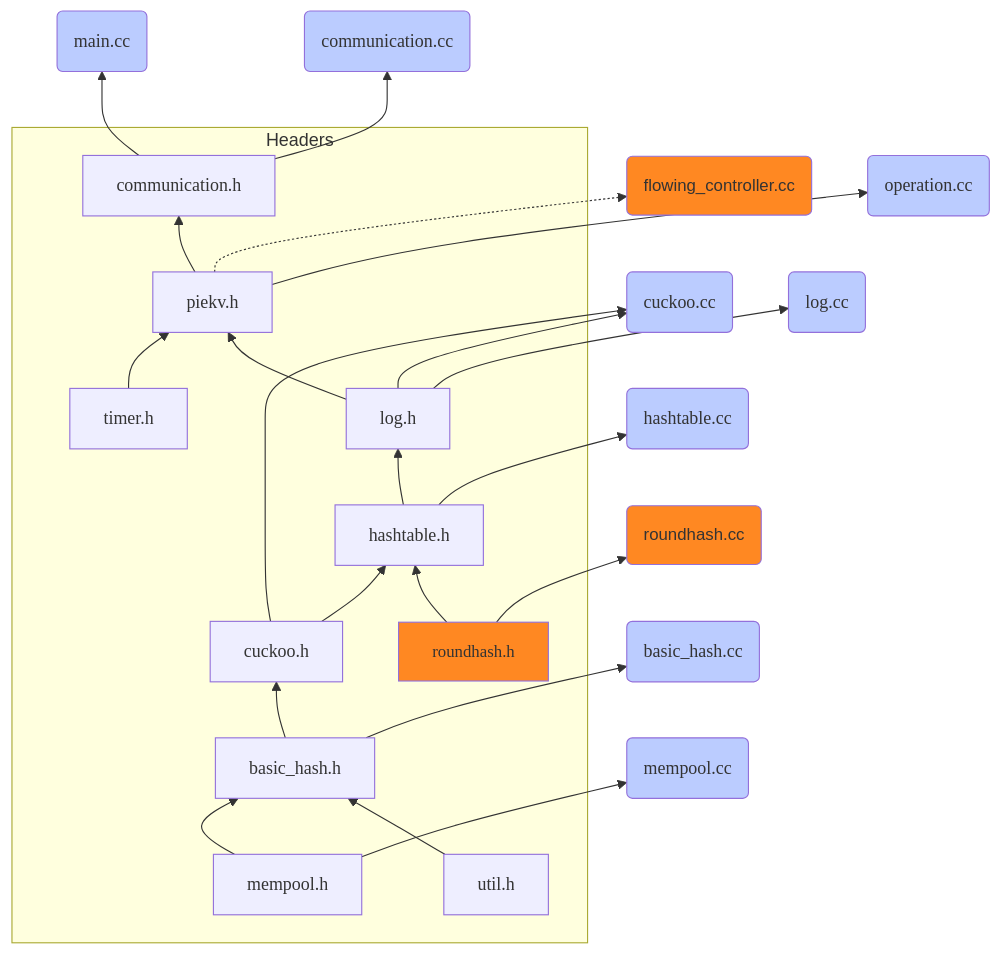
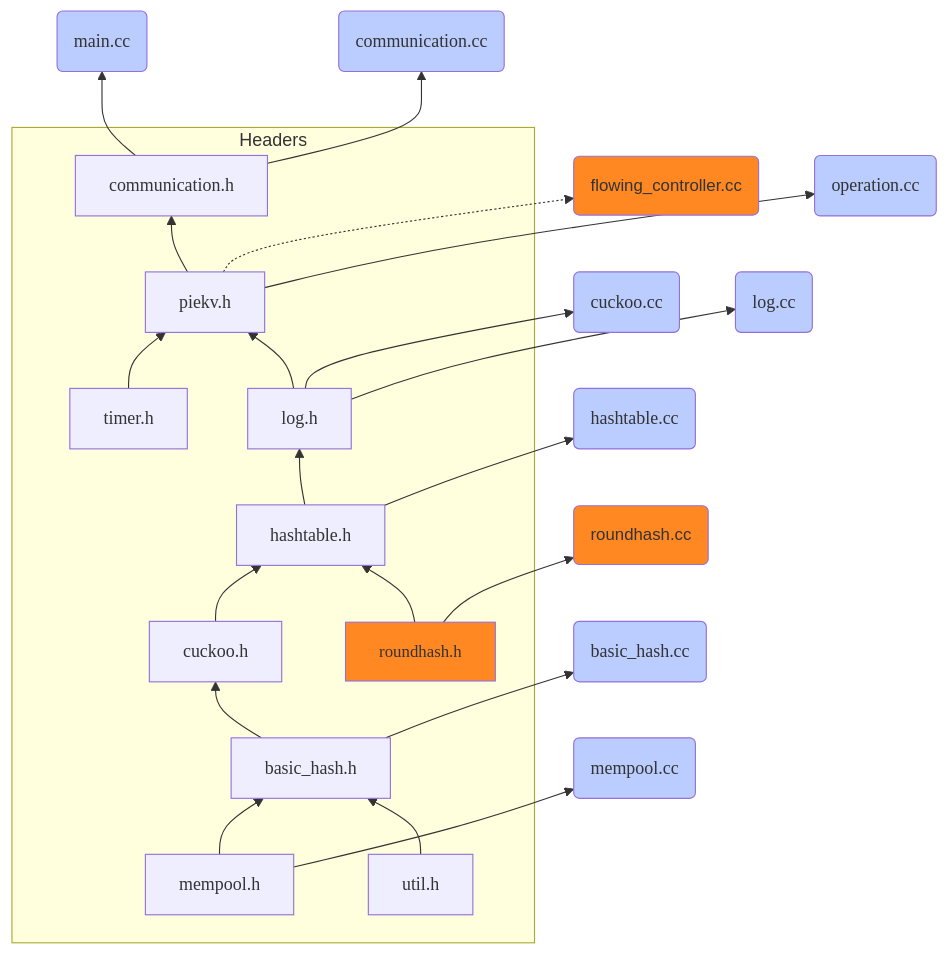
The second of 2 diagrams in README.md (JuvenileFir/ACEKV), drawn with Mermaid before and after one commit.

````diff
--- a/README.md
+++ b/README.md
@@ -75,42 +75,43 @@
 ```mermaid
 %%{ init: { 'flowchart': { 'curve': 'basis' } } }%%
 flowchart BT
 roundhash.h:::header --> rp(roundhash.cc):::diff
 piekv.h -.-> fp(flowing_controller.cc):::diff
 subgraph Headers
 basic_hash.h:::header --> cuckoo.h
 cuckoo.h:::header --> hashtable.h
 hashtable.h:::header --> log.h
 timer.h:::header --> piekv.h
 log.h:::header --> piekv.h
 mempool.h --> basic_hash.h
 piekv.h:::header --> communication.h
 roundhash.h:::diff --> hashtable.h
 
 util.h:::header --> basic_hash.h
 end
 basic_hash.h --> bp(basic_hash.cc):::source
 
 
 communication.h --> main(main.cc):::source
 communication.h:::header --> cp(communication.cc):::source
 
-cuckoo.h --> cc(cuckoo.cc):::source
-
 hashtable.h --> ht(hashtable.cc):::source
 
+log.h --> cc(cuckoo.cc):::source
+
 log.h --> lg(log.cc):::source
-log.h --> cc(cuckoo.cc):::source
+
+
 
 mempool.h:::header --> mp(mempool.cc):::source
 
 piekv.h --> op(operation.cc):::source
 
 %%util.h --> zipf.h
 
 %%zipf.h --> NO_INCLUDE
 classDef header fill:#eef,font-family:arias,font-size:16px,font-weight:300;
 classDef source fill:#bcf,font-family:arias,font-size:16px;
 classDef diff fill:#f82,font-size:15px;
 
 ```
````
